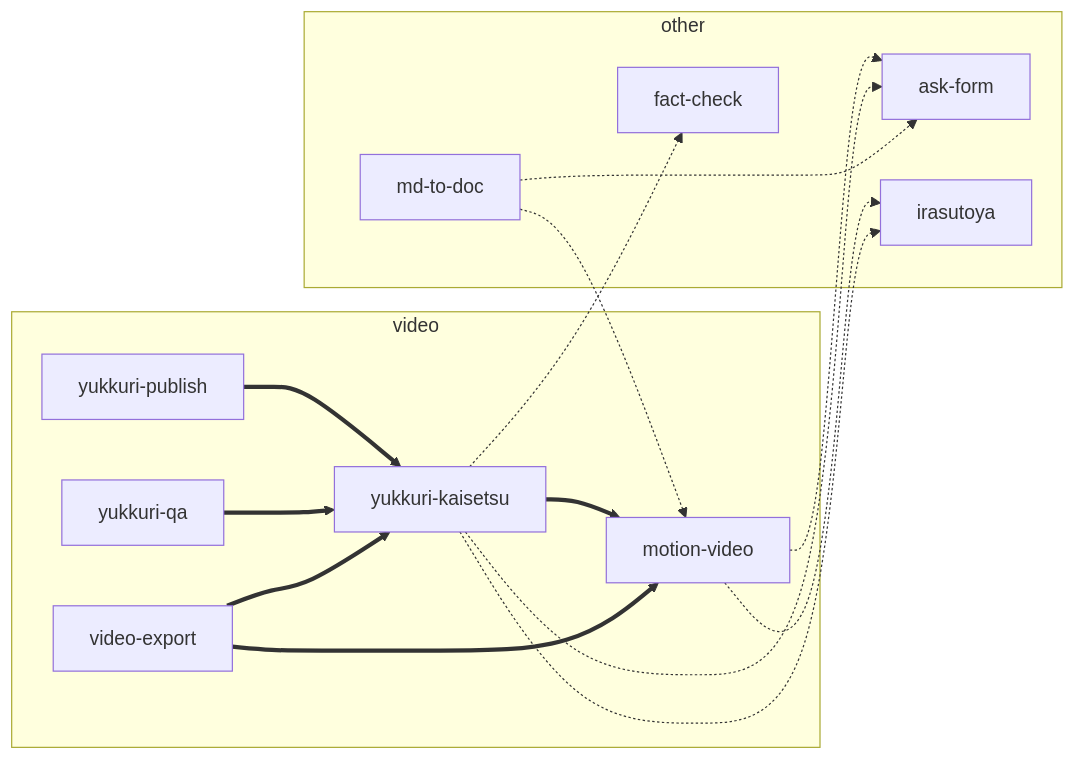
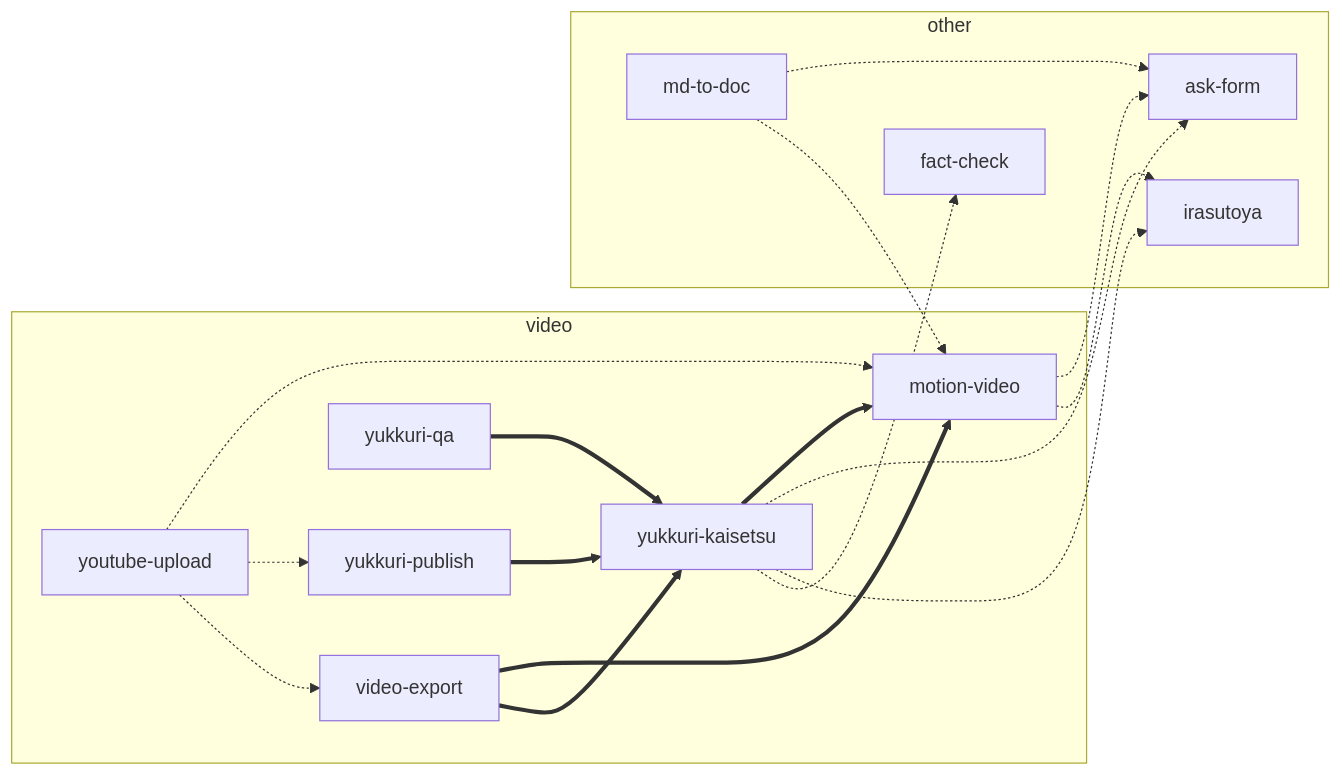
The diagram in docs/ClaudeCode/skills/README.md (asaomaro/public_docs), drawn with Mermaid before and after one commit. The commit also changed other lines of this file and 13 other files, not shown here.

First line of the commit message:
feat(youtube-upload): YouTube に限定公開で上げるスキル／feat(motion-video): 保存の解像度・画質を選べるようにする

````diff
--- a/docs/ClaudeCode/skills/README.md
+++ b/docs/ClaudeCode/skills/README.md
@@ -19,28 +19,32 @@
 ```mermaid
 flowchart LR
   subgraph video
     MV[motion-video]
     YK[yukkuri-kaisetsu]
     YP[yukkuri-publish]
     YQ[yukkuri-qa]
     VE[video-export]
+    YU[youtube-upload]
   end
   subgraph other
     AF[ask-form]
     MD[md-to-doc]
     IR[irasutoya]
     FC[fact-check]
   end
   YK ==> MV
   YP ==> YK
   YQ ==> YK
   VE ==> MV
   VE ==> YK
+  YU -.-> MV
+  YU -.-> YP
+  YU -.-> VE
   MV -.-> AF
   YK -.-> AF
   MD -.-> AF
   MD -.-> MV
   MV -.-> IR
   YK -.-> IR
   YK -.-> FC
 ```
````
